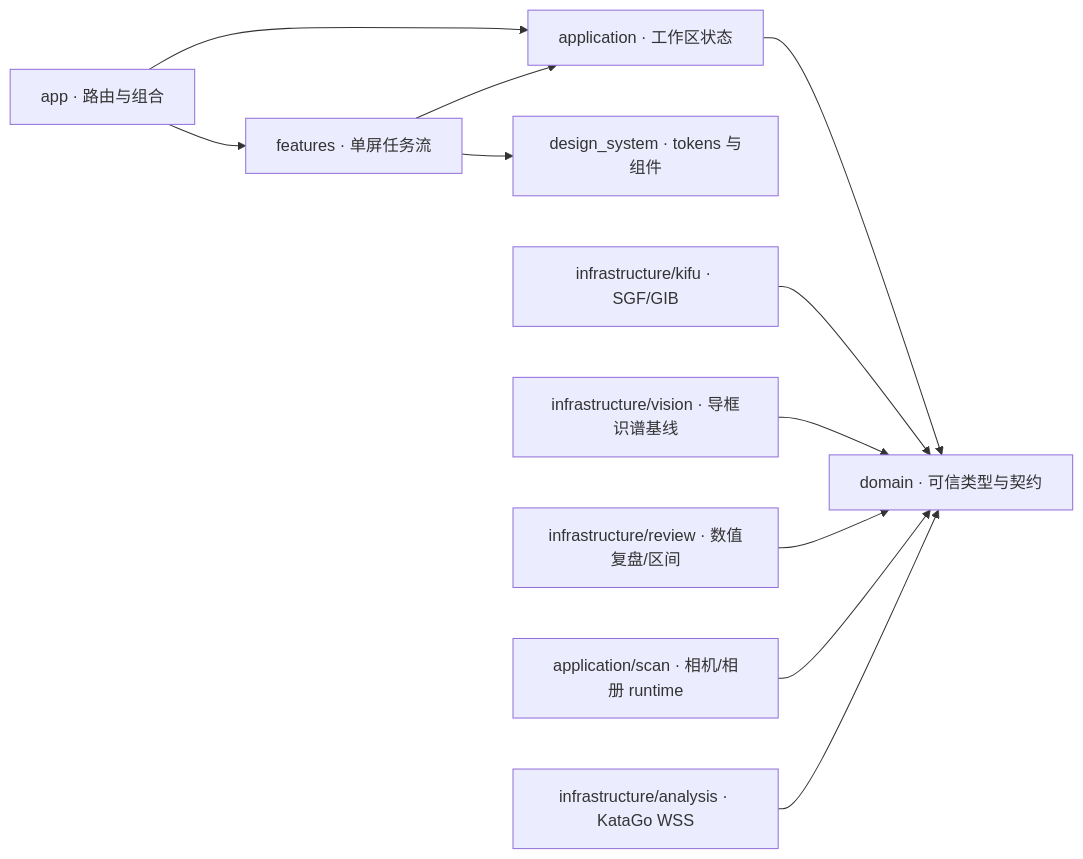
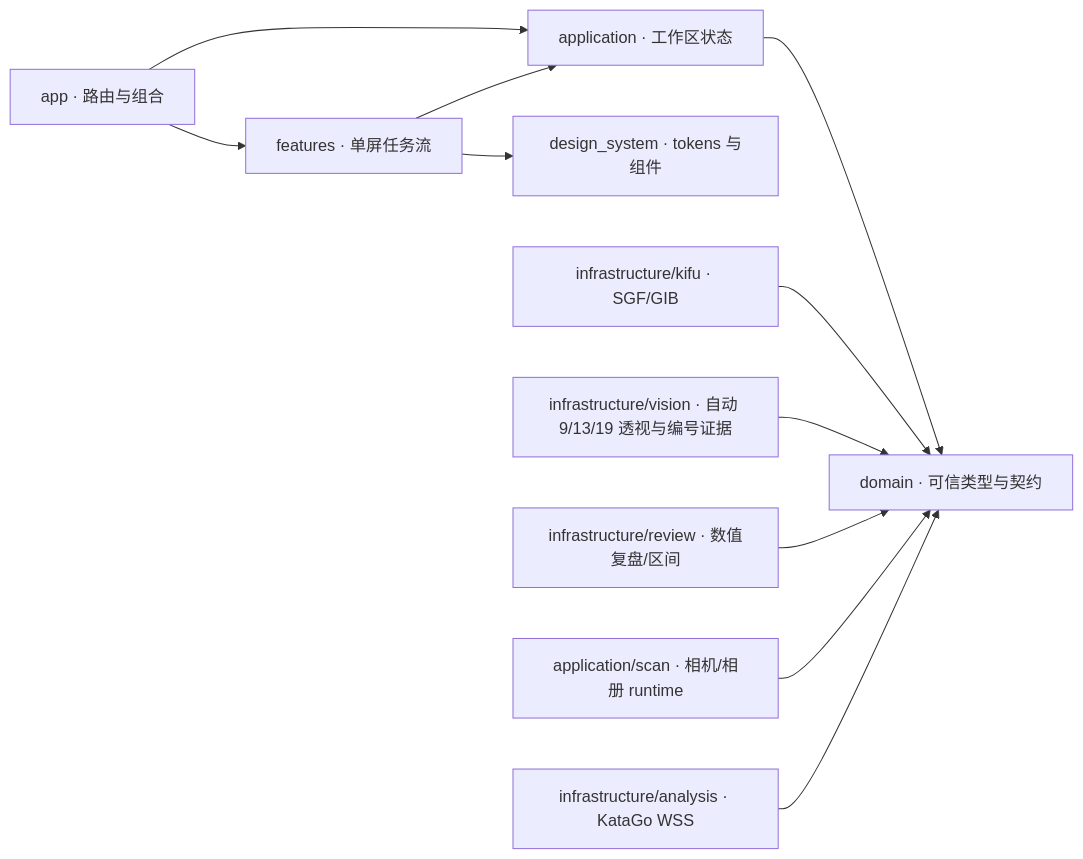
The diagram in README.md (wimi321/lizzieyzy-mobile), drawn with Mermaid before and after one commit. The commit also changed other lines of this file and 280 other files, not shown here.

````diff
--- a/README.md
+++ b/README.md
@@ -76,13 +118,13 @@
 ```mermaid
 flowchart LR
   App["app · 路由与组合"] --> Features["features · 单屏任务流"]
   App --> Application["application · 工作区状态"]
   Features --> DS["design_system · tokens 与组件"]
   Features --> Application
   Application --> Domain["domain · 可信类型与契约"]
   Kifu["infrastructure/kifu · SGF/GIB"] --> Domain
-  Vision["infrastructure/vision · 导框识谱基线"] --> Domain
+  Vision["infrastructure/vision · 自动 9/13/19 透视与编号证据"] --> Domain
   Review["infrastructure/review · 数值复盘/区间"] --> Domain
   Camera["application/scan · 相机/相册 runtime"] --> Domain
   WSS["infrastructure/analysis · KataGo WSS"] --> Domain
 ```
````
